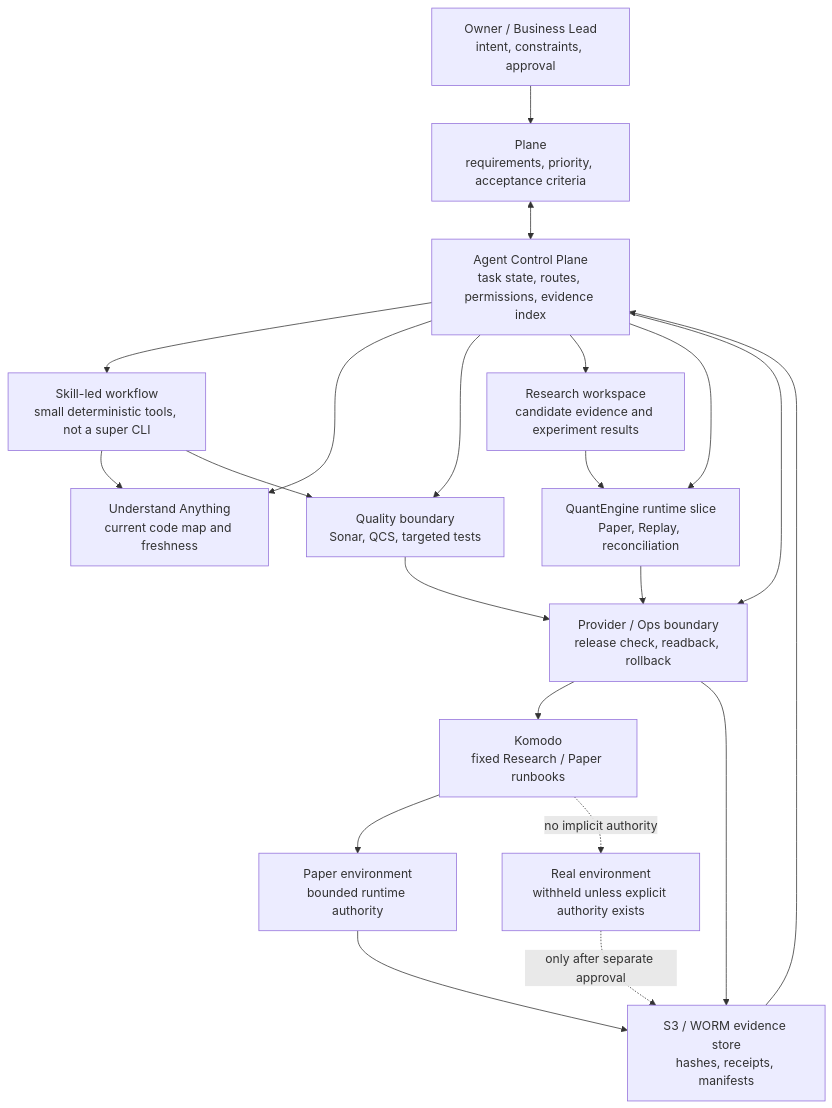
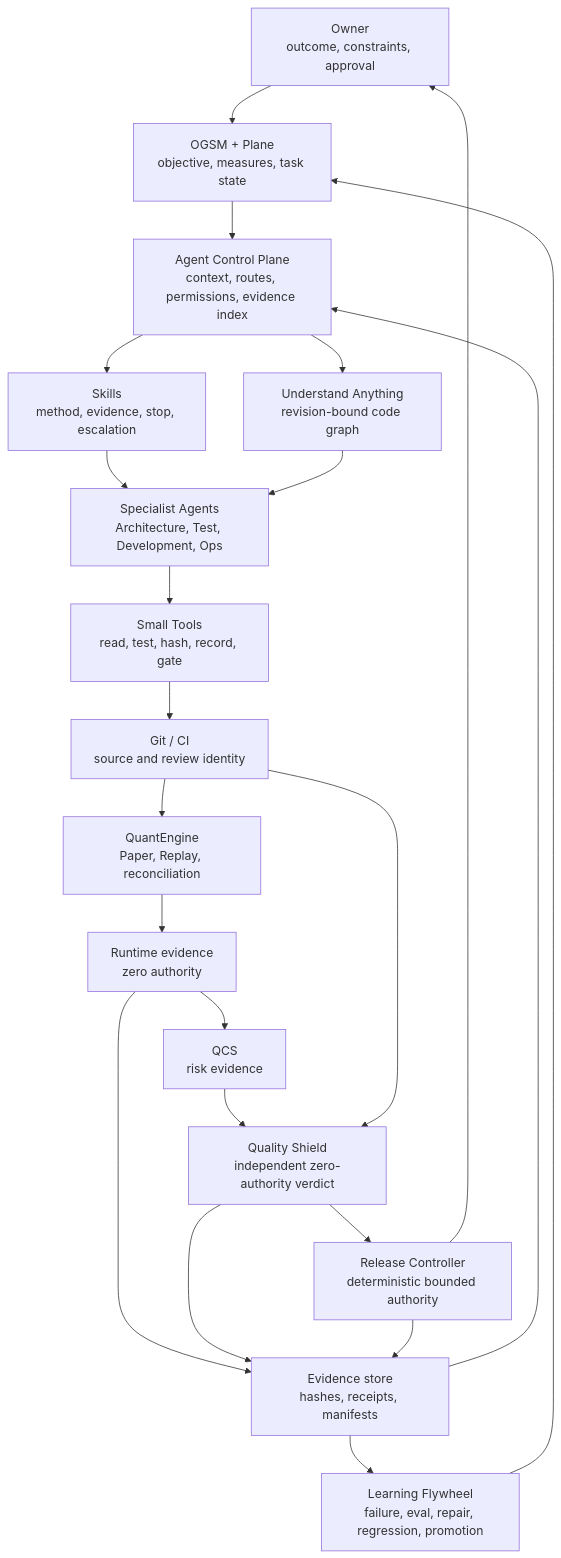
The diagram in docs/ai_control_system_context.md (Derrickxxm/quantengine-public), drawn with Mermaid before and after one commit. The commit also changed other lines of this file and 31 other files, not shown here.

Commit message:
Refine evidence-controlled agent architecture

````diff
--- a/docs/ai_control_system_context.md
+++ b/docs/ai_control_system_context.md
@@ -27,39 +17,37 @@
 ```mermaid
 flowchart TB
-    Owner["Owner / Business Lead<br/>intent, constraints, approval"]
-    Plane["Plane<br/>requirements, priority, acceptance criteria"]
-    ACP["Agent Control Plane<br/>task state, routes, permissions, evidence index"]
+    Owner["Owner<br/>outcome, constraints, approval"]
+    Plane["OGSM + Plane<br/>objective, measures, task state"]
+    ACP["Agent Control Plane<br/>context, routes, permissions, evidence index"]
 
-    Skill["Skill-led workflow<br/>small deterministic tools, not a super CLI"]
-    CodeMap["Understand Anything<br/>current code map and freshness"]
-    Quality["Quality boundary<br/>Sonar, QCS, targeted tests"]
-    Research["Research workspace<br/>candidate evidence and experiment results"]
-    Runtime["QuantEngine runtime slice<br/>Paper, Replay, reconciliation"]
-    Ops["Provider / Ops boundary<br/>release check, readback, rollback"]
-    Komodo["Komodo<br/>fixed Research / Paper runbooks"]
-    Evidence["S3 / WORM evidence store<br/>hashes, receipts, manifests"]
-    Paper["Paper environment<br/>bounded runtime authority"]
-    Real["Real environment<br/>withheld unless explicit authority exists"]
+    Skill["Skills<br/>method, evidence, stop, escalation"]
+    Agents["Specialist Agents<br/>Architecture, Test, Development, Ops"]
+    Tools["Small Tools<br/>read, test, hash, record, gate"]
 
-    Owner --> Plane
-    Plane <--> ACP
-    ACP --> Skill
-    ACP --> CodeMap
-    ACP --> Quality
-    ACP --> Research
-    ACP --> Runtime
-    ACP --> Ops
+    Git["Git / CI<br/>source and review identity"]
+    Graph["Understand Anything<br/>revision-bound code graph"]
+    Runtime["QuantEngine<br/>Paper, Replay, reconciliation"]
+    RuntimeEvidence["Runtime evidence<br/>zero authority"]
+    QCS["QCS<br/>risk evidence"]
+    Quality["Quality Shield<br/>independent zero-authority verdict"]
+    Release["Release Controller<br/>deterministic bounded authority"]
+    Evidence["Evidence store<br/>hashes, receipts, manifests"]
+    Flywheel["Learning Flywheel<br/>failure, eval, repair, regression, promotion"]
 
-    Skill --> CodeMap
-    Skill --> Quality
-    Research --> Runtime
-    Quality --> Ops
-    Runtime --> Ops
-    Ops --> Komodo
-    Ops --> Evidence
-    Komodo --> Paper
-    Komodo -. "no implicit authority" .-> Real
-    Paper --> Evidence
-    Real -. "only after separate approval" .-> Evidence
+    Owner --> Plane --> ACP
+    ACP --> Skill --> Agents
+    ACP --> Graph
+    Agents --> Tools
+    Tools --> Git
+    Git --> Runtime
+    Graph --> Agents
+    Runtime --> RuntimeEvidence
+    RuntimeEvidence --> QCS --> Quality
+    Git --> Quality
+    Quality --> Release --> Owner
+    RuntimeEvidence --> Evidence
+    Quality --> Evidence
+    Release --> Evidence
     Evidence --> ACP
+    Evidence --> Flywheel --> Plane
 ```
````
